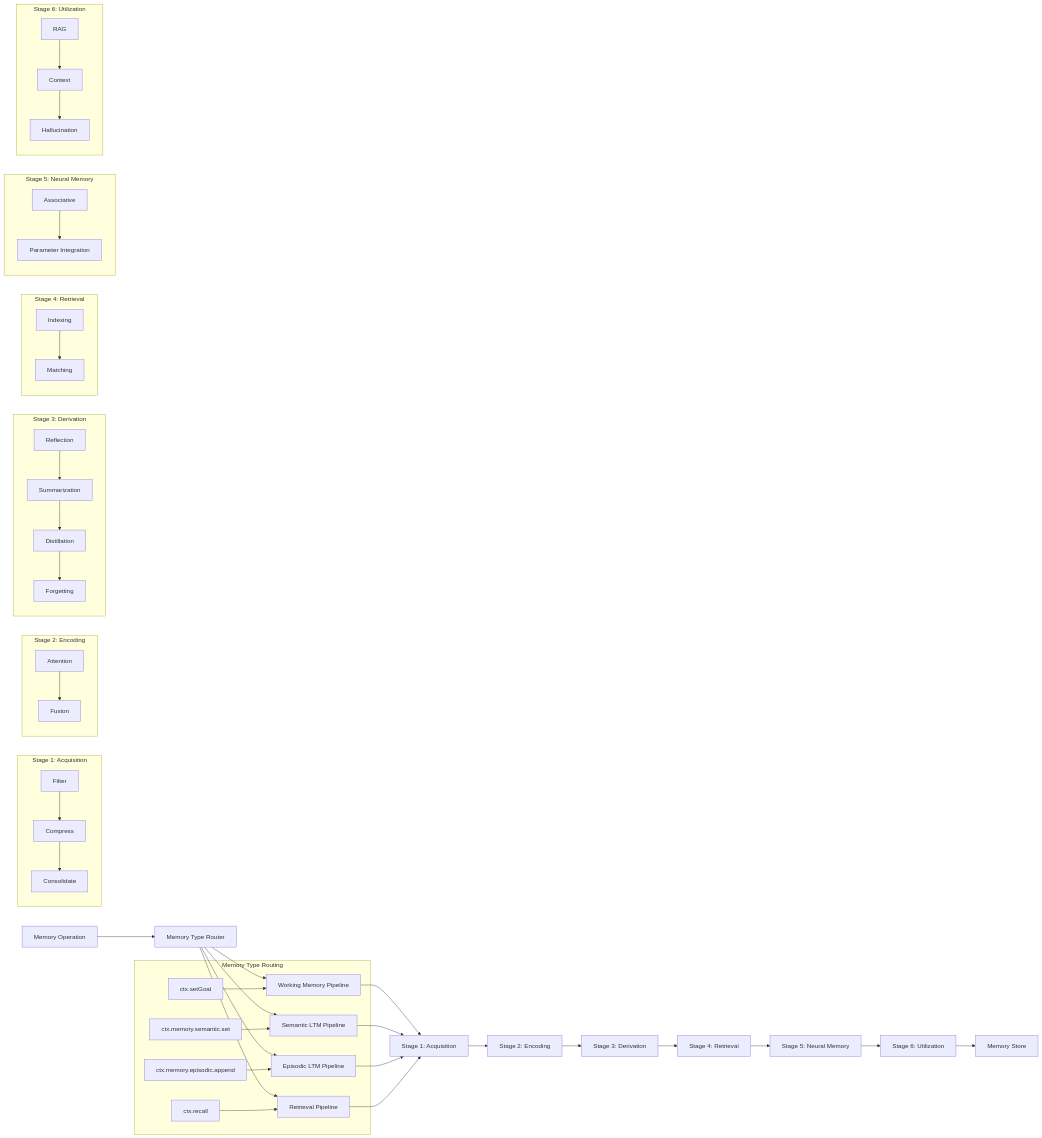
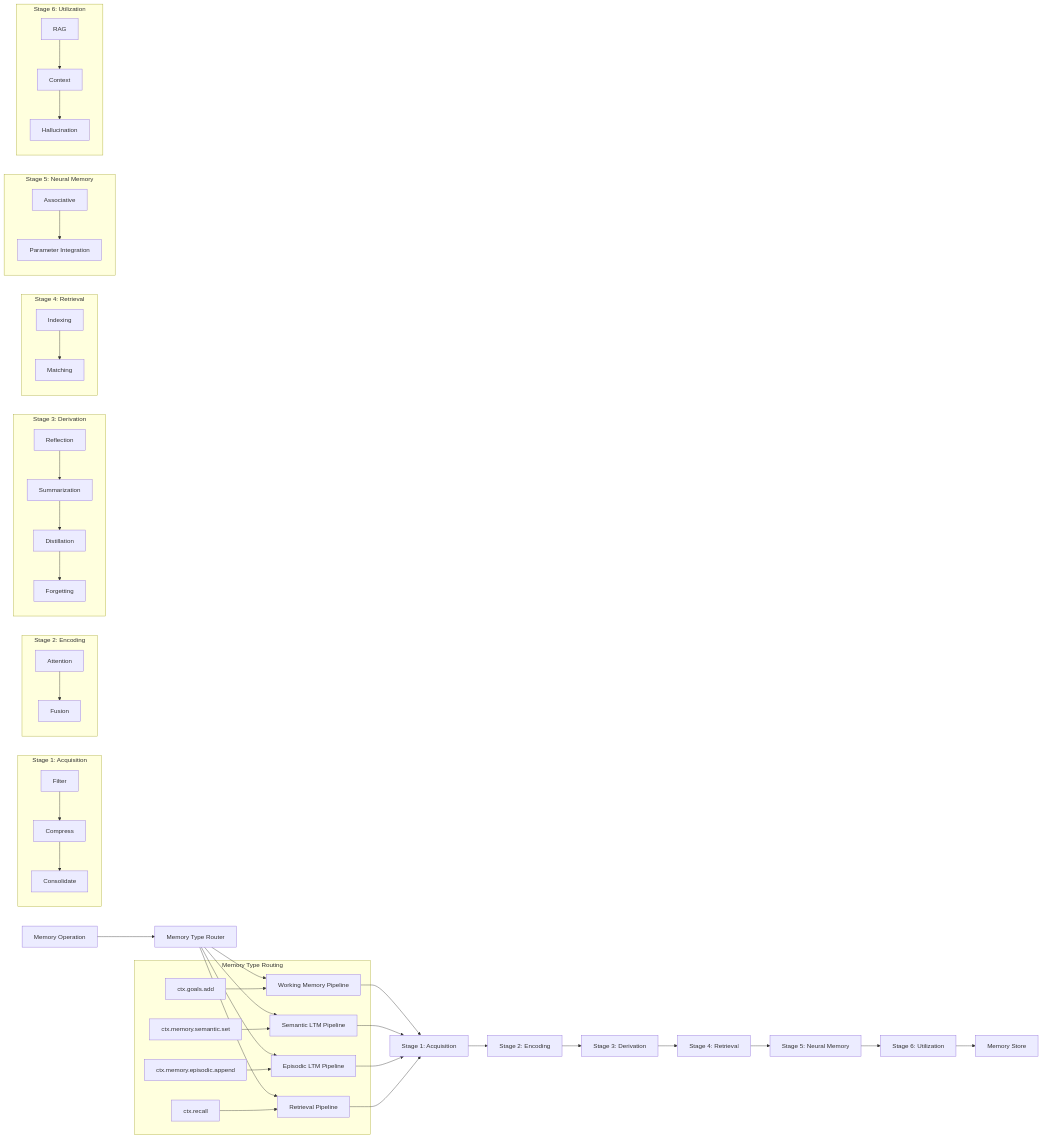
One commit to a2arium/callAgent changed the diagram in apps/docs/memory/mlo-architecture.md. Above: the diagram before and after it, drawn with Mermaid. The commit also changed other lines of this file and 76 other files, not shown here.

````diff
--- a/apps/docs/memory/mlo-architecture.md
+++ b/apps/docs/memory/mlo-architecture.md
@@ -11,51 +11,51 @@
 ```mermaid
 graph LR
     A[Memory Operation] --> B[Memory Type Router]
     B --> C1[Working Memory Pipeline]
     B --> C2[Semantic LTM Pipeline]
     B --> C3[Episodic LTM Pipeline]
     B --> C4[Retrieval Pipeline]
     
     C1 --> D[Stage 1: Acquisition]
     C2 --> D
     C3 --> D
     C4 --> D
     
     D --> E[Stage 2: Encoding]
     E --> F[Stage 3: Derivation]
     F --> G[Stage 4: Retrieval]
     G --> H[Stage 5: Neural Memory]
     H --> I[Stage 6: Utilization]
     I --> J[Memory Store]
     
     subgraph "Memory Type Routing"
-        B1[ctx.setGoal] --> C1
+        B1[ctx.goals.add] --> C1
         B2[ctx.memory.semantic.set] --> C2
         B3[ctx.memory.episodic.append] --> C3
         B4[ctx.recall] --> C4
     end
     
     subgraph "Stage 1: Acquisition"
         D1[Filter] --> D2[Compress] --> D3[Consolidate]
     end
     
     subgraph "Stage 2: Encoding"
         E1[Attention] --> E2[Fusion]
     end
     
     subgraph "Stage 3: Derivation"
         F1[Reflection] --> F2[Summarization] --> F3[Distillation] --> F4[Forgetting]
     end
     
     subgraph "Stage 4: Retrieval"
         G1[Indexing] --> G2[Matching]
     end
     
     subgraph "Stage 5: Neural Memory"
         H1[Associative] --> H2[Parameter Integration]
     end
     
     subgraph "Stage 6: Utilization"
         I1[RAG] --> I2[Context] --> I3[Hallucination]
     end
 ```
````
